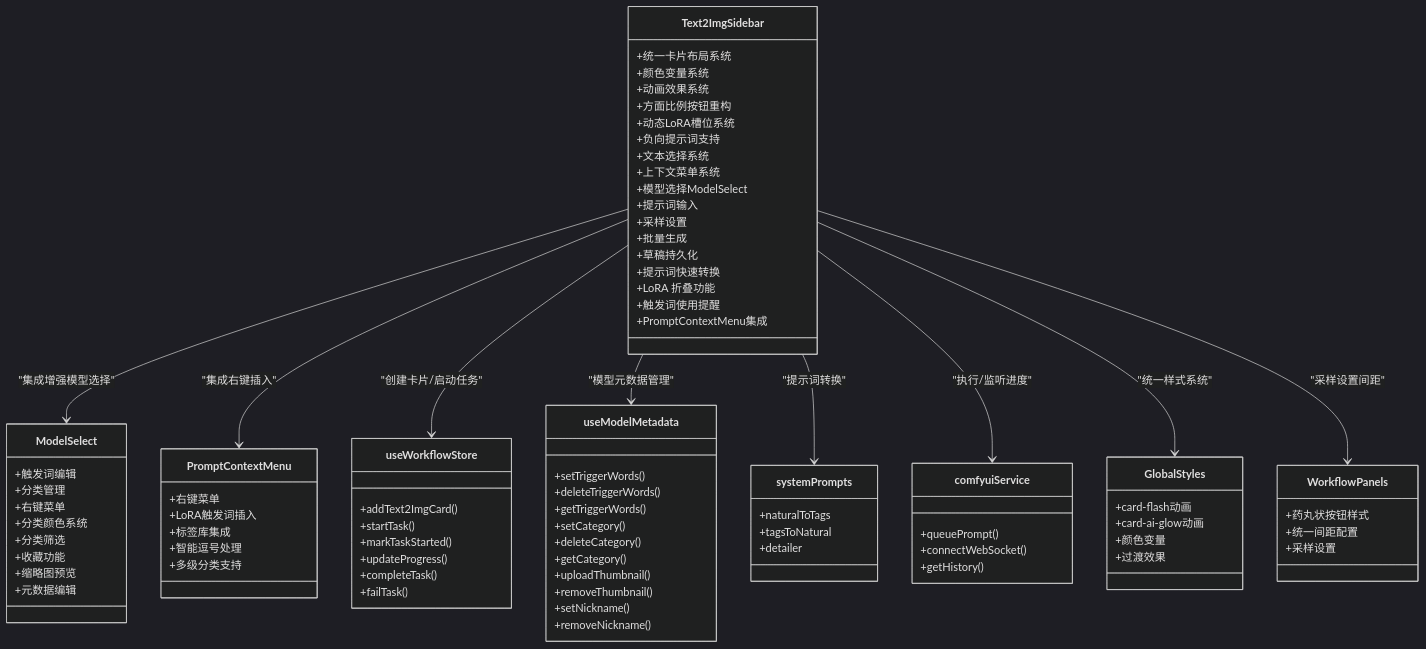
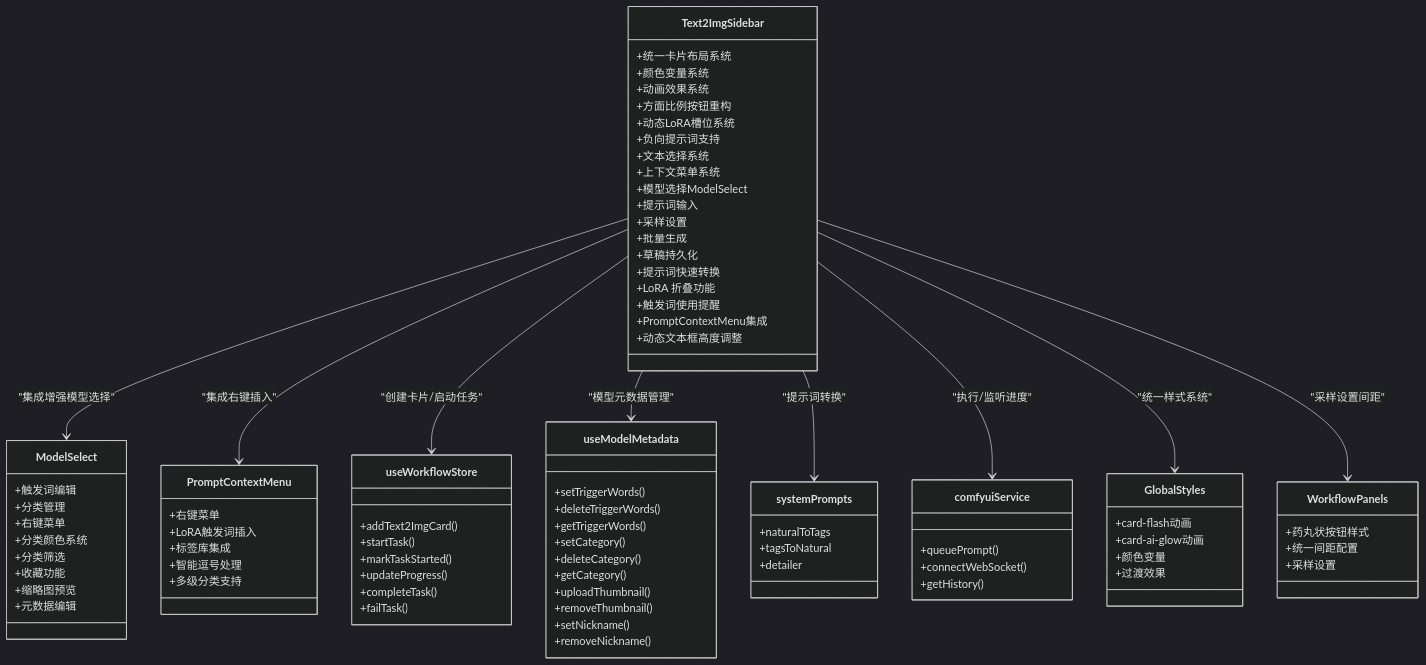
One commit to billye220670/CorineKit_Pix2Real changed the third of 4 diagrams in .qoder/repowiki/zh/content/用户界面组件/控制面板组件/文本到图像侧边栏/文本到图像侧边栏.md. Above: the diagram before and after it, drawn with Mermaid (dark theme). The commit also changed other lines of this file and 73 other files, not shown here.

```diff
--- a/.qoder/repowiki/zh/content/用户界面组件/控制面板组件/文本到图像侧边栏/文本到图像侧边栏.md
+++ b/.qoder/repowiki/zh/content/用户界面组件/控制面板组件/文本到图像侧边栏/文本到图像侧边栏.md
@@ -564,6 +607,7 @@
 +LoRA 折叠功能
 +触发词使用提醒
 +PromptContextMenu集成
++动态文本框高度调整
 }
 class ModelSelect {
 +触发词编辑
```
